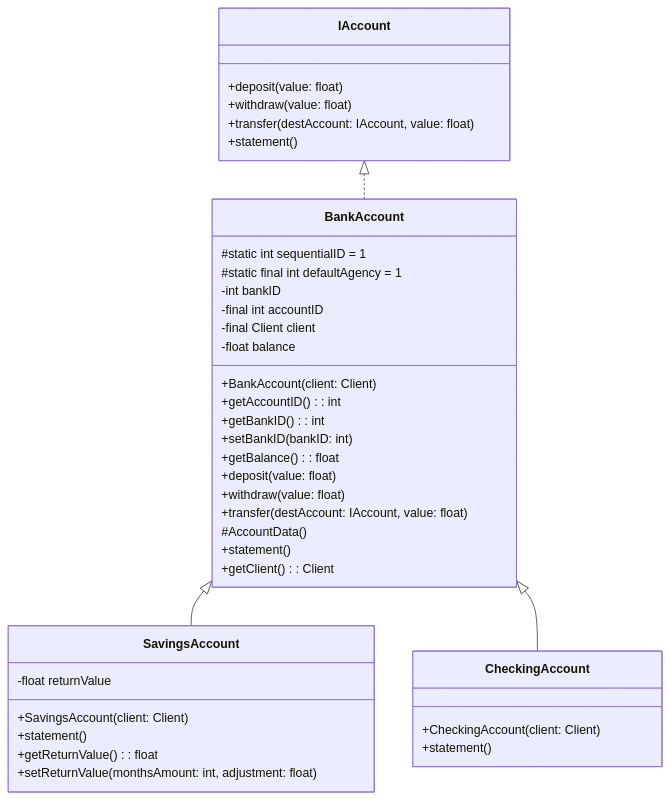
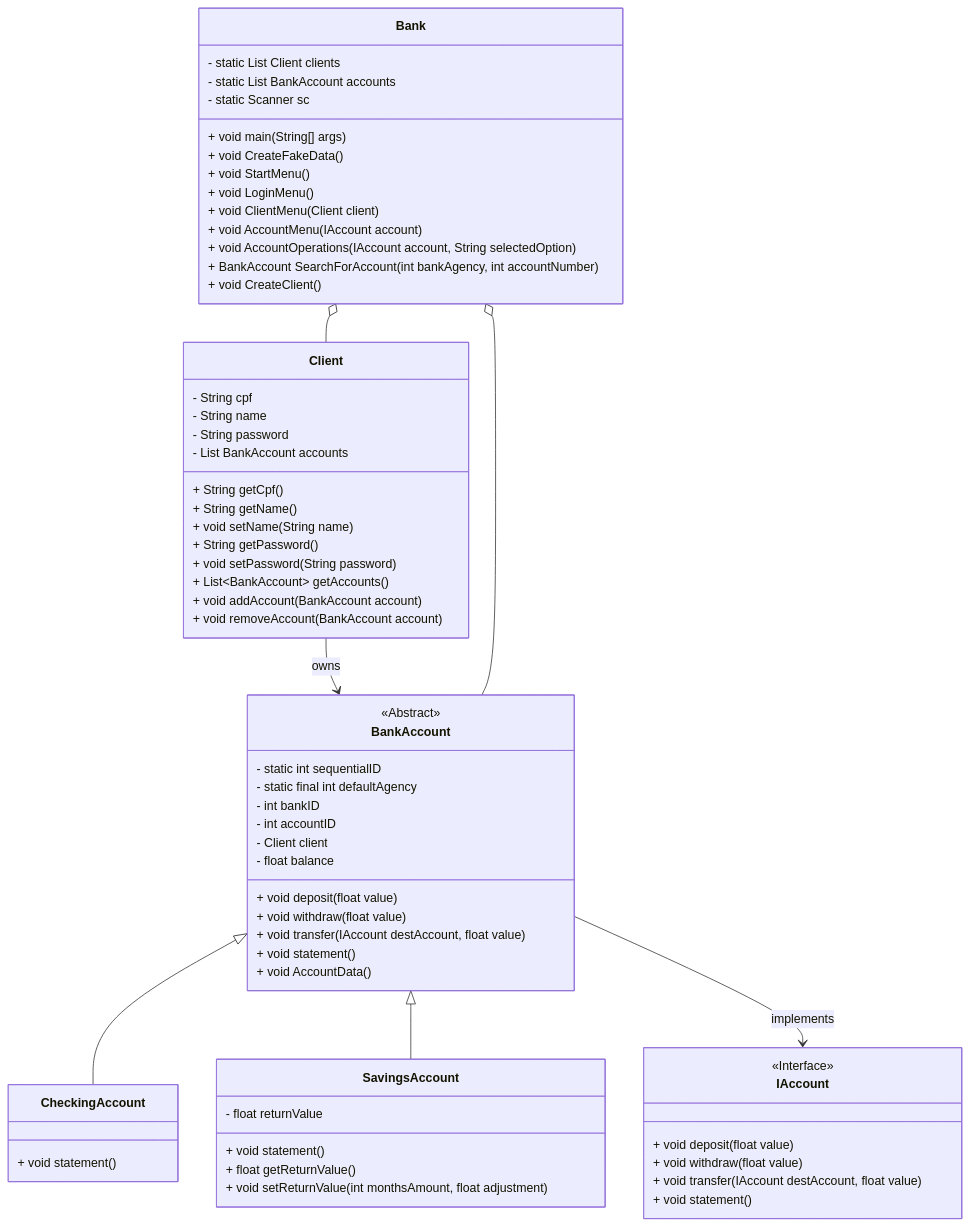
The first of 2 diagrams in README.md (OsmarBaia/dio-formacao-java-developer), drawn with Mermaid before and after one commit. The commit also changed other lines of this file, not shown here.

Commit message:
Update README.md
Atualização do Diagrama, Inclusão do UML para interface e ScreenShot desta

````diff
--- a/README.md
+++ b/README.md
@@ -33,46 +35,73 @@
 ```mermaid
 classDiagram
-  class IAccount {
-    +deposit(value: float)
-    +withdraw(value: float)
-    +transfer(destAccount: IAccount, value: float)
-    +statement()
-  }
+    Client --> BankAccount : owns
+    BankAccount <|-- CheckingAccount
+    BankAccount <|-- SavingsAccount
+    BankAccount --> IAccount : implements
+    Bank o-- Client
+    Bank o-- BankAccount
 
-  class BankAccount {
-    #static int sequentialID = 1
-    #static final int defaultAgency = 1
-    -int bankID
-    -final int accountID
-    -final Client client
-    -float balance
-    +BankAccount(client: Client)
-    +getAccountID(): int
-    +getBankID(): int
-    +setBankID(bankID: int)
-    +getBalance(): float
-    +deposit(value: float)
-    +withdraw(value: float)
-    +transfer(destAccount: IAccount, value: float)
-    #AccountData()
-    +statement()
-    +getClient(): Client
-  }
+    class Client {
+        - String cpf
+        - String name
+        - String password
+        - List BankAccount accounts
+        + String getCpf()
+        + String getName()
+        + void setName(String name)
+        + String getPassword()
+        + void setPassword(String password)
+        + List~BankAccount~ getAccounts()
+        + void addAccount(BankAccount account)
+        + void removeAccount(BankAccount account)
+    }
 
-  class SavingsAccount {
-    -float returnValue
-    +SavingsAccount(client: Client)
-    +statement()
-    +getReturnValue(): float
-    +setReturnValue(monthsAmount: int, adjustment: float)
-  }
+    class BankAccount {
+        <<Abstract>>
+        - static int sequentialID
+        - static final int defaultAgency
+        - int bankID
+        - int accountID
+        - Client client
+        - float balance
+        + void deposit(float value)
+        + void withdraw(float value)
+        + void transfer(IAccount destAccount, float value)
+        + void statement()
+        + void AccountData()
+    }
 
-  class CheckingAccount {
-    +CheckingAccount(client: Client)
-    +statement()
-  }
+    class CheckingAccount {
+        + void statement()
+    }
 
-  IAccount <|.. BankAccount
-  BankAccount <|-- SavingsAccount
-  BankAccount <|-- CheckingAccount
+    class SavingsAccount {
+        - float returnValue
+        + void statement()
+        + float getReturnValue()
+        + void setReturnValue(int monthsAmount, float adjustment)
+    }
+
+    class IAccount {
+        <<Interface>>
+        + void deposit(float value)
+        + void withdraw(float value)
+        + void transfer(IAccount destAccount, float value)
+        + void statement()
+    }
+
+    class Bank {
+        - static List Client  clients
+        - static List BankAccount accounts
+        - static Scanner sc
+        + void main(String[] args)
+        + void CreateFakeData()
+        + void StartMenu()
+        + void LoginMenu()
+        + void ClientMenu(Client client)
+        + void AccountMenu(IAccount account)
+        + void AccountOperations(IAccount account, String selectedOption)
+        + BankAccount SearchForAccount(int bankAgency, int accountNumber)
+        + void CreateClient()
+    }
 ```
````
